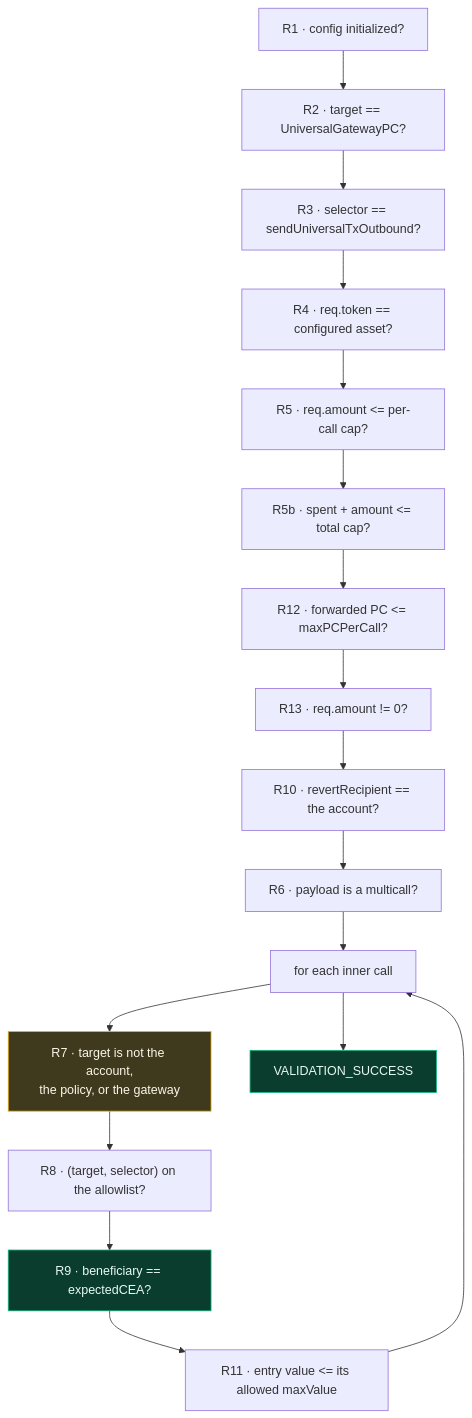
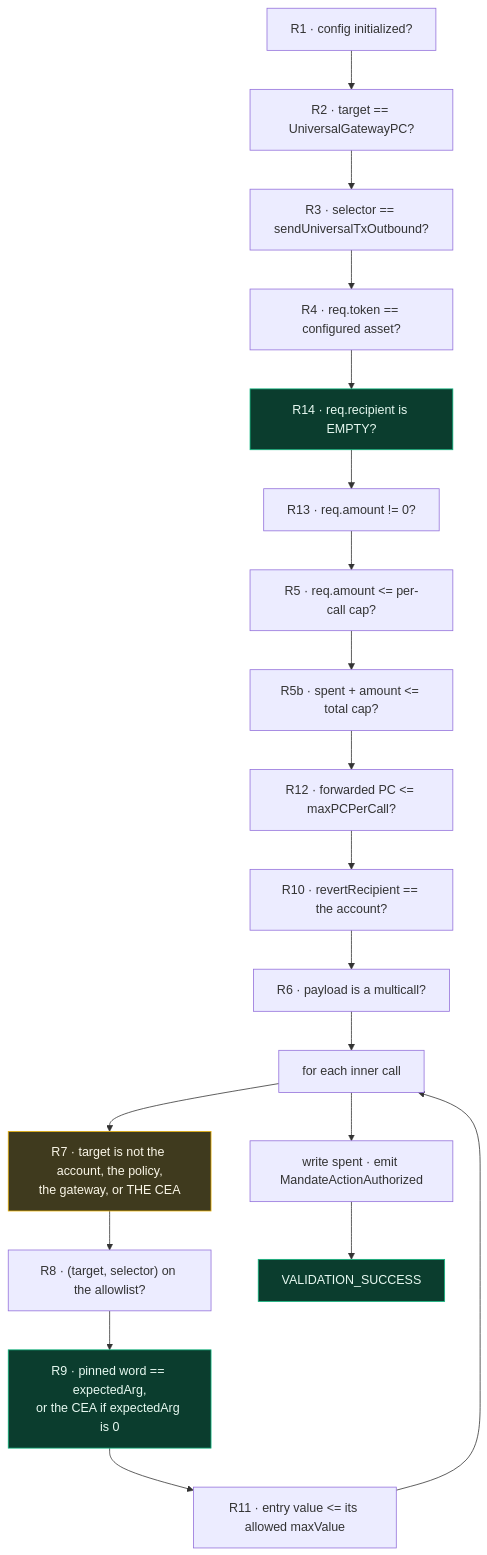
One commit to HusseinAdeiza/push-agentic-wallets changed the third of 9 diagrams in docs/modules.md. Above: the diagram before and after it, drawn with Mermaid. The commit also changed other lines of this file and 6 other files, not shown here.

````diff
--- a/docs/modules.md
+++ b/docs/modules.md
@@ -120,24 +133,27 @@
 ```mermaid
 flowchart TD
     R1["R1 · config initialized?"] --> R2["R2 · target == UniversalGatewayPC?"]
     R2 --> R3["R3 · selector == sendUniversalTxOutbound?"]
     R3 --> R4["R4 · req.token == configured asset?"]
-    R4 --> R5["R5 · req.amount <= per-call cap?"]
+    R4 --> R14["R14 · req.recipient is EMPTY?"]
+    R14 --> R13["R13 · req.amount != 0?"]
+    R13 --> R5["R5 · req.amount <= per-call cap?"]
     R5 --> R5B["R5b · spent + amount <= total cap?"]
     R5B --> R12["R12 · forwarded PC <= maxPCPerCall?"]
-    R12 --> R13["R13 · req.amount != 0?"]
-    R13 --> R10["R10 · revertRecipient == the account?"]
+    R12 --> R10["R10 · revertRecipient == the account?"]
     R10 --> R6["R6 · payload is a multicall?"]
 
     R6 --> LOOP["for each inner call"]
-    LOOP --> R7["R7 · target is not the account,<br/>the policy, or the gateway"]
+    LOOP --> R7["R7 · target is not the account, the policy,<br/>the gateway, or THE CEA"]
     R7 --> R8["R8 · (target, selector) on the allowlist?"]
-    R8 --> R9["R9 · beneficiary == expectedCEA?"]
+    R8 --> R9["R9 · pinned word == expectedArg,<br/>or the CEA if expectedArg is 0"]
     R9 --> R11["R11 · entry value <= its allowed maxValue"]
     R11 --> LOOP
-    LOOP --> OK["VALIDATION_SUCCESS"]
+    LOOP --> WRITE["write spent · emit MandateActionAuthorized"]
+    WRITE --> OK["VALIDATION_SUCCESS"]
 
     style OK fill:#0b3d2e,stroke:#10b981,color:#e7f9f1
     style R9 fill:#0b3d2e,stroke:#10b981,color:#e7f9f1
+    style R14 fill:#0b3d2e,stroke:#10b981,color:#e7f9f1
     style R7 fill:#3f3a1e,stroke:#eab308,color:#fbf7e8
 ```
````
